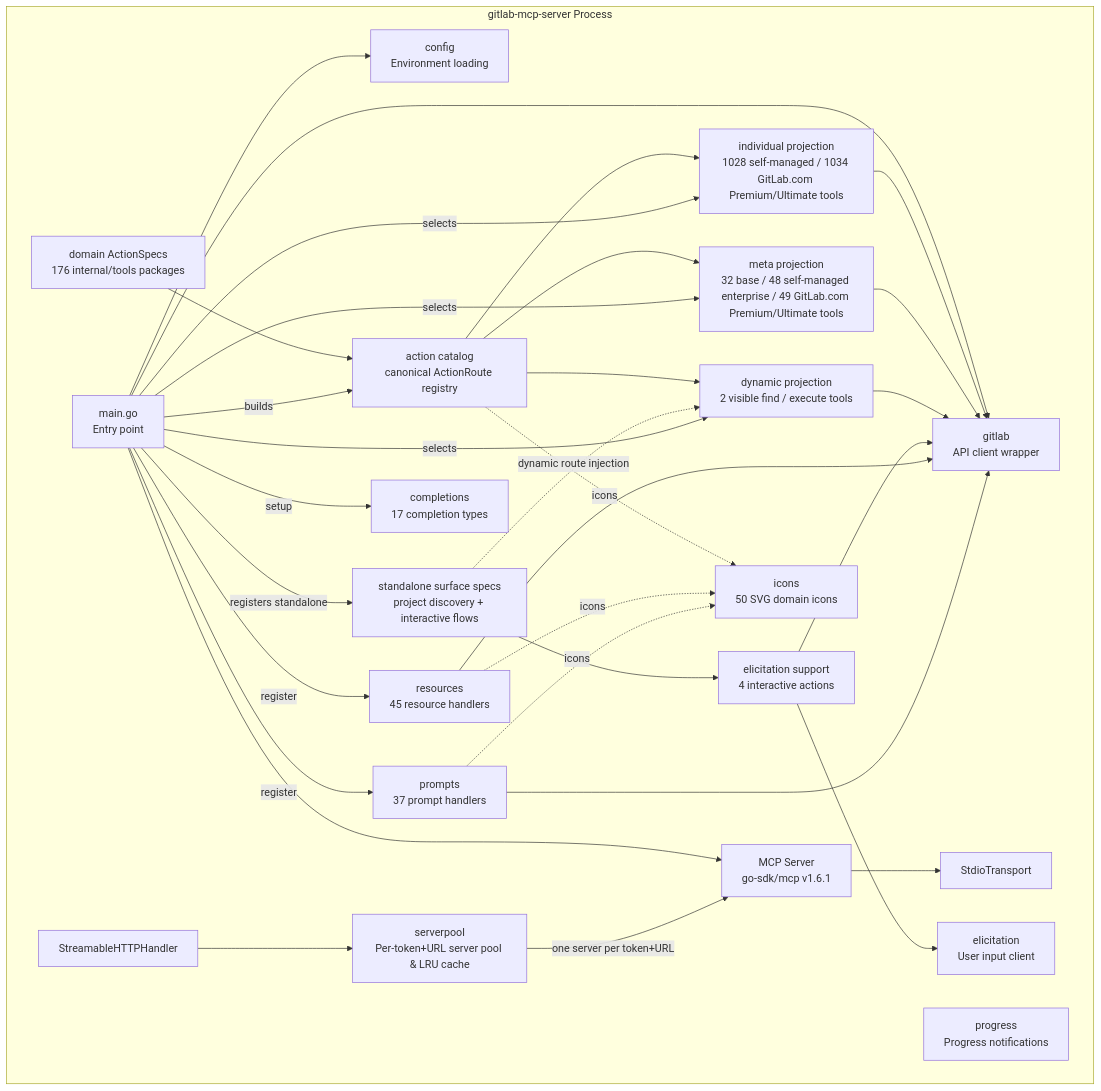
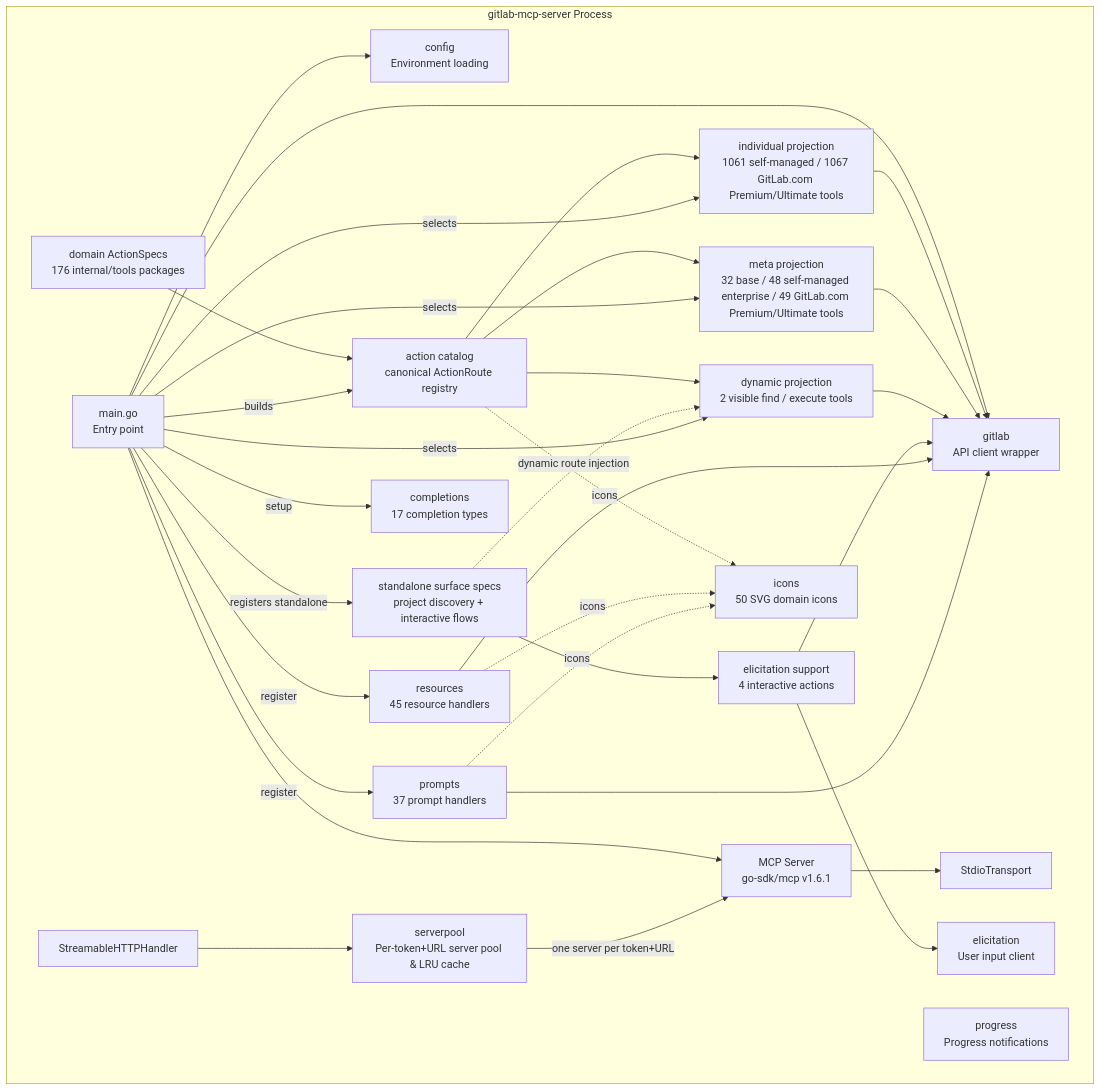
One commit to jmrplens/gitlab-mcp-server changed the third of 12 diagrams in docs/architecture.md. Above: the diagram before and after it, drawn with Mermaid. The commit also changed other lines of this file and 665 other files, not shown here.

````diff
--- a/docs/architecture.md
+++ b/docs/architecture.md
@@ -64,56 +64,56 @@
 ```mermaid
 graph TD
     subgraph "gitlab-mcp-server Process"
         MAIN[main.go<br/>Entry point]
         CFG[config<br/>Environment loading]
         GL[gitlab<br/>API client wrapper]
         SPECS[domain ActionSpecs<br/>176 internal/tools packages]
         CATALOG[action catalog<br/>canonical ActionRoute registry]
         STANDALONE[standalone surface specs<br/>project discovery + interactive flows]
-        IND[individual projection<br/>1028 self-managed / 1034 GitLab.com Premium/Ultimate tools]
+        IND[individual projection<br/>1061 self-managed / 1067 GitLab.com Premium/Ultimate tools]
         META[meta projection<br/>32 base / 48 self-managed enterprise / 49 GitLab.com Premium/Ultimate tools]
         DYN[dynamic projection<br/>2 visible find / execute tools]
         ELIC[elicitation support<br/>4 interactive actions]
         RES[resources<br/>45 resource handlers]
         PROMPTS[prompts<br/>37 prompt handlers]
         COMP[completions<br/>17 completion types]
         PROG[progress<br/>Progress notifications]
         ELICIT[elicitation<br/>User input client]
         ICN[icons<br/>50 SVG domain icons]
         SRV[MCP Server<br/>go-sdk/mcp v1.6.1]
         STDIO[StdioTransport]
         HTTP[StreamableHTTPHandler]
         POOL[serverpool<br/>Per-token+URL server pool & LRU cache]
     end
 
     MAIN --> CFG
     MAIN --> GL
     MAIN --> SRV
     SRV --> STDIO
     HTTP --> POOL
     POOL -->|one server per token+URL| SRV
     SPECS --> CATALOG
     CATALOG --> IND
     CATALOG --> META
     CATALOG --> DYN
     STANDALONE --> ELIC
     STANDALONE -.->|dynamic route injection| DYN
     IND --> GL
     META --> GL
     DYN --> GL
     ELIC --> GL
     ELIC --> ELICIT
     RES --> GL
     PROMPTS --> GL
     MAIN -->|builds| CATALOG
     MAIN -->|selects| IND
     MAIN -->|selects| META
     MAIN -->|selects| DYN
     MAIN -->|registers standalone| STANDALONE
     MAIN -->|register| RES
     MAIN -->|register| PROMPTS
     CATALOG -.->|icons| ICN
     RES -.->|icons| ICN
     PROMPTS -.->|icons| ICN
     MAIN -->|setup| COMP
 ```
````
